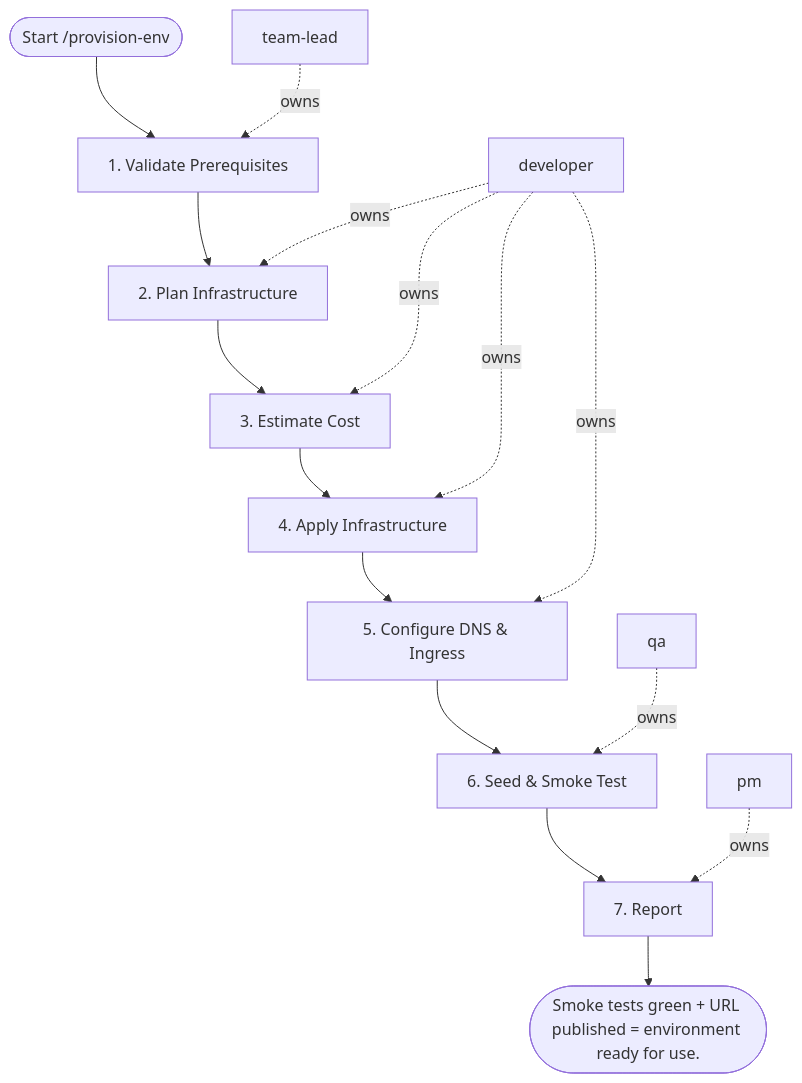
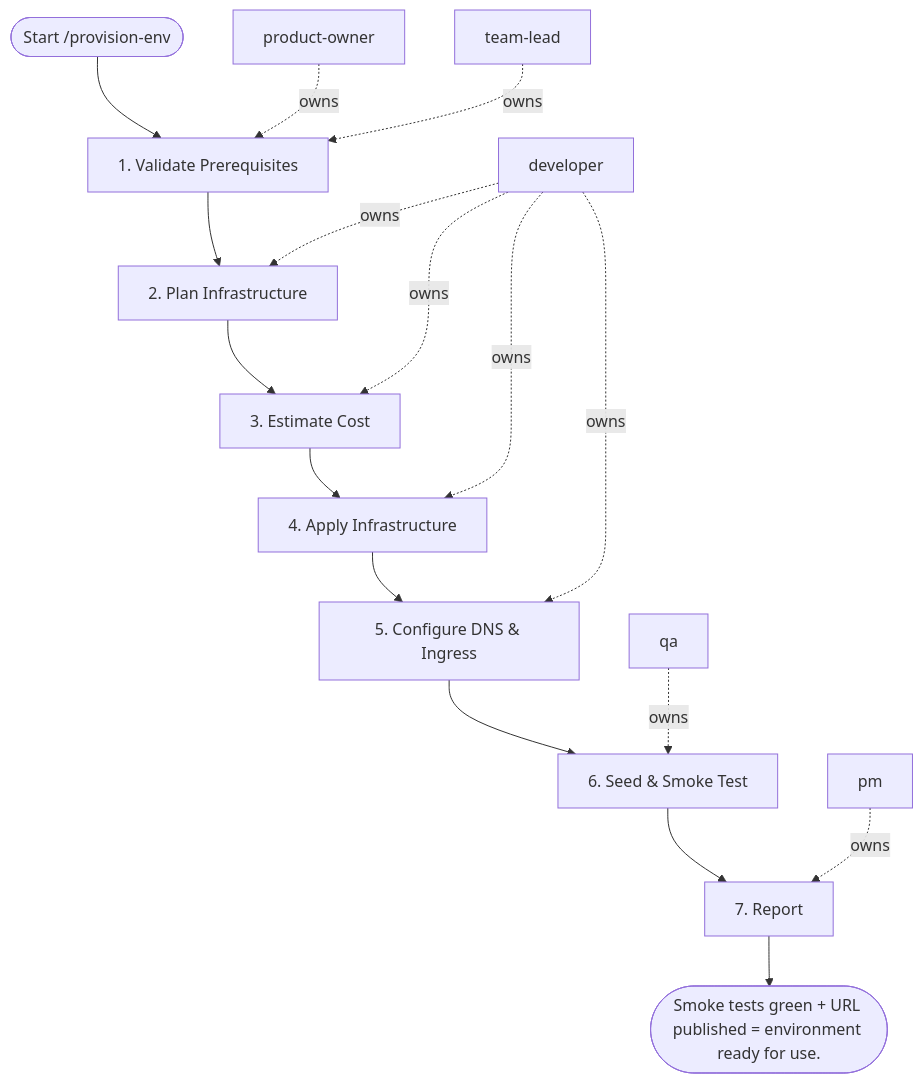
One commit to sawrus/agent-guides changed the diagram in areas/software/platform/workflows/provision-env.md. Above: the diagram before and after it, drawn with Mermaid. The commit also changed other lines of this file and 76 other files, not shown here.

Commit message:
Standardize workflow product owner initiation

````diff
--- a/areas/software/platform/workflows/provision-env.md
+++ b/areas/software/platform/workflows/provision-env.md
@@ -79,31 +79,33 @@
 ```mermaid
 flowchart TD
   start(["Start /provision-env"])
-  role_1["team-lead"]
-  role_2["developer"]
-  role_3["qa"]
-  role_4["pm"]
+  role_1["product-owner"]
+  role_2["team-lead"]
+  role_3["developer"]
+  role_4["qa"]
+  role_5["pm"]
   step_1["1. Validate Prerequisites"]
   step_2["2. Plan Infrastructure"]
   step_3["3. Estimate Cost"]
   step_4["4. Apply Infrastructure"]
   step_5["5. Configure DNS & Ingress"]
   step_6["6. Seed & Smoke Test"]
   step_7["7. Report"]
   exit(["Smoke tests green + URL published = environment ready for use."])
   start --> step_1
   step_1 --> step_2
   step_2 --> step_3
   step_3 --> step_4
   step_4 --> step_5
   step_5 --> step_6
   step_6 --> step_7
   step_7 --> exit
   role_1 -. owns .-> step_1
-  role_2 -. owns .-> step_2
-  role_2 -. owns .-> step_3
-  role_2 -. owns .-> step_4
-  role_2 -. owns .-> step_5
-  role_3 -. owns .-> step_6
-  role_4 -. owns .-> step_7
+  role_2 -. owns .-> step_1
+  role_3 -. owns .-> step_2
+  role_3 -. owns .-> step_3
+  role_3 -. owns .-> step_4
+  role_3 -. owns .-> step_5
+  role_4 -. owns .-> step_6
+  role_5 -. owns .-> step_7
 ```
````
